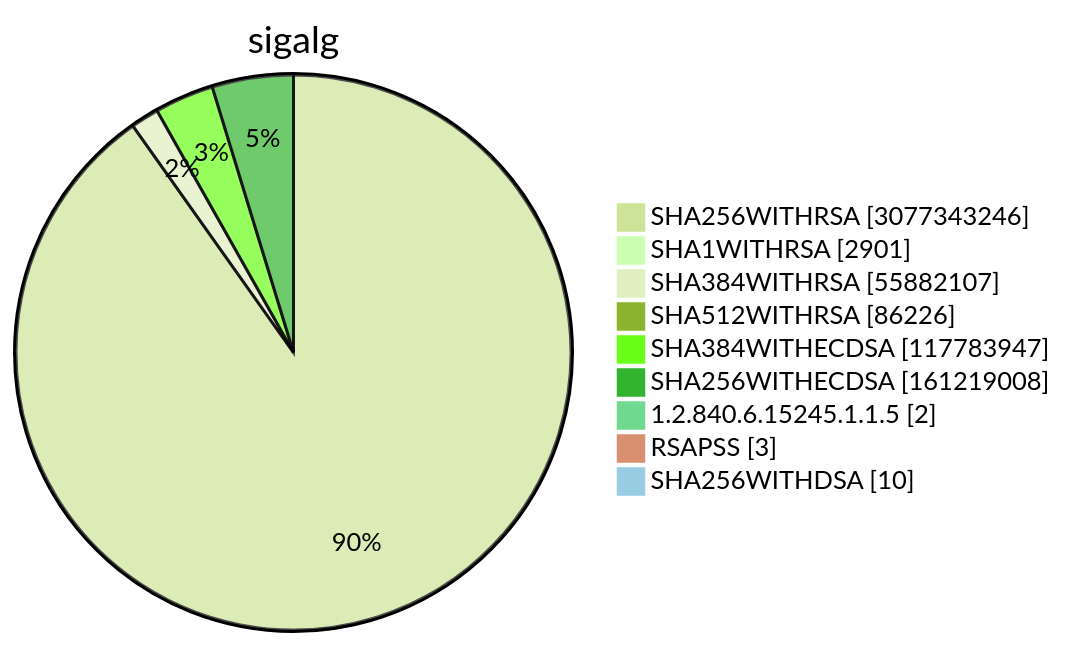
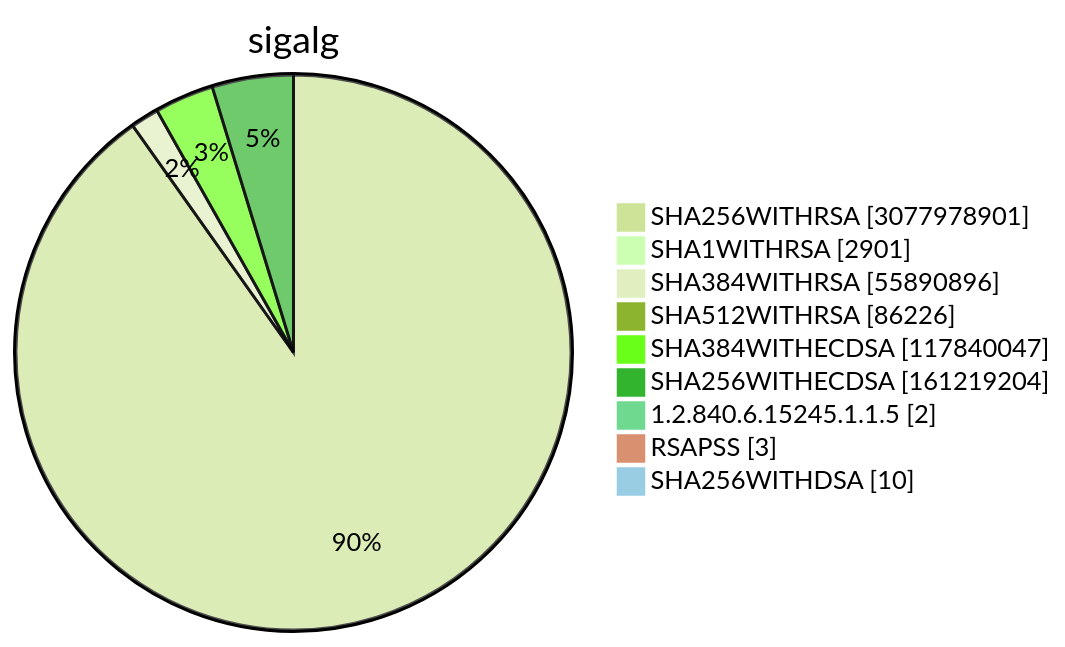
Diagram 15 of 15 in TOTAL/README.md (christiankrug/ctmonitor_visualization), drawn with Mermaid (forest theme) before and after one commit. The commit also changed other lines of this file, not shown here.

````diff
--- a/TOTAL/README.md
+++ b/TOTAL/README.md
@@ -6209,13 +6209,13 @@
 ```mermaid
 pie showData
 title sigalg
-"SHA256WITHRSA" :3077343246
+"SHA256WITHRSA" :3077978901
 "SHA1WITHRSA" :2901
-"SHA384WITHRSA" :55882107
+"SHA384WITHRSA" :55890896
 "SHA512WITHRSA" :86226
-"SHA384WITHECDSA" :117783947
-"SHA256WITHECDSA" :161219008
+"SHA384WITHECDSA" :117840047
+"SHA256WITHECDSA" :161219204
 "1.2.840.6.15245.1.1.5" :2
 "RSAPSS" :3
 "SHA256WITHDSA" :10
 ```
````
